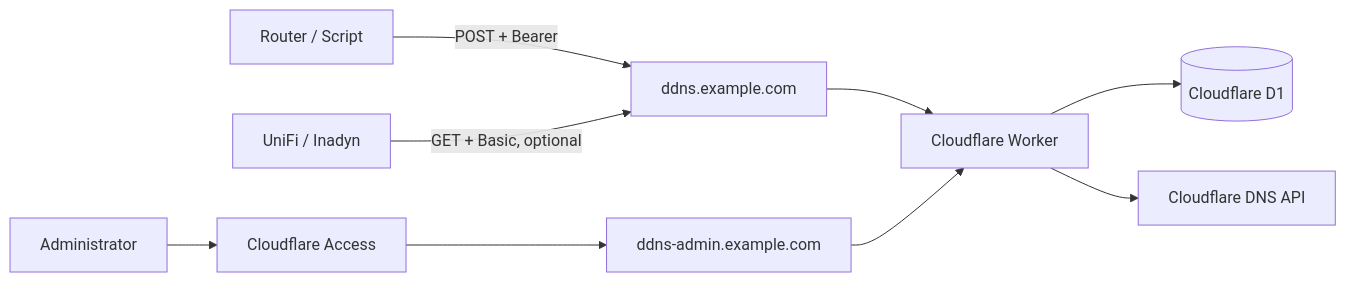
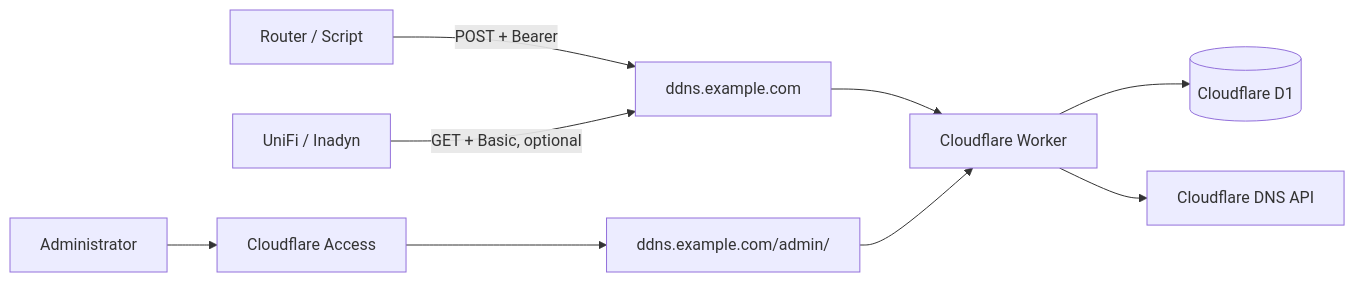
Before and after one commit to kuan909608/cloudflare-ddns-worker: the diagram in README.md, drawn with Mermaid. The commit also changed other lines of this file and 27 other files, not shown here.

````diff
--- a/README.md
+++ b/README.md
@@ -7,11 +7,11 @@
 ```mermaid
 flowchart LR
   Device[Router / Script] -->|POST + Bearer| Update[ddns.example.com]
   UniFi[UniFi / Inadyn] -->|GET + Basic, optional| Update
   Update --> Worker[Cloudflare Worker]
   Admin[Administrator] --> Access[Cloudflare Access]
-  Access --> Console[ddns-admin.example.com]
+  Access --> Console[ddns.example.com/admin/]
   Console --> Worker
   Worker --> D1[(Cloudflare D1)]
   Worker --> DNS[Cloudflare DNS API]
 ```
````
